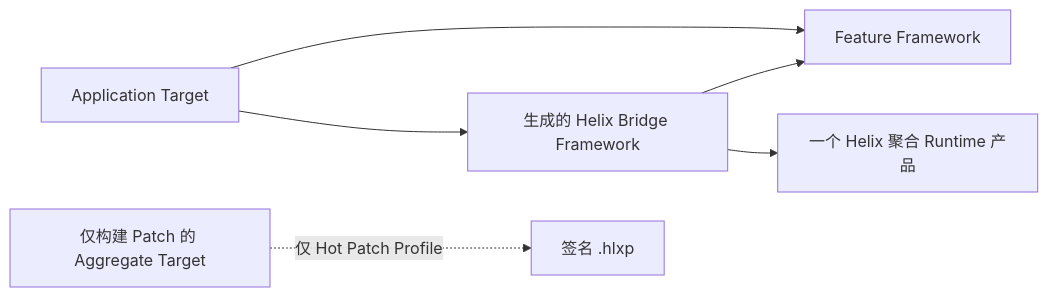
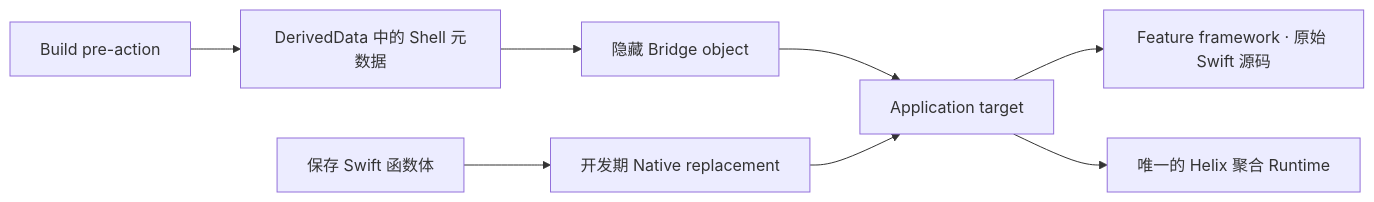
One commit to TangentW/Helix changed the diagram in Docs/Getting-Started.zh-CN.md. Above: the diagram before and after it, drawn with Mermaid. The commit also changed other lines of this file and 78 other files, not shown here.

First line of the commit message:
feat: simplify hot patch and reload integration

````diff
--- a/Docs/Getting-Started.zh-CN.md
+++ b/Docs/Getting-Started.zh-CN.md
@@ -24,8 +20,10 @@
 ```mermaid
 flowchart LR
-    A["Application Target"] --> F["Feature Framework"]
-    A --> B["生成的 Helix Bridge Framework"]
-    B --> F
-    B --> R["一个 Helix 聚合 Runtime 产品"]
-    P["仅构建 Patch 的 Aggregate Target"] -. "仅 Hot Patch Profile" .-> H["签名 .hlxp"]
+    A["Application target"] --> F["Feature framework · 原始 Swift 源码"]
+    A --> R["唯一的 Helix 聚合 Runtime"]
+    P["Build pre-action"] --> S["DerivedData 中的 Shell 元数据"]
+    S --> H["隐藏 Bridge object"]
+    H --> A
+    D["保存 Swift 函数体"] --> N["开发期 Native replacement"]
+    N --> A
 ```
````
